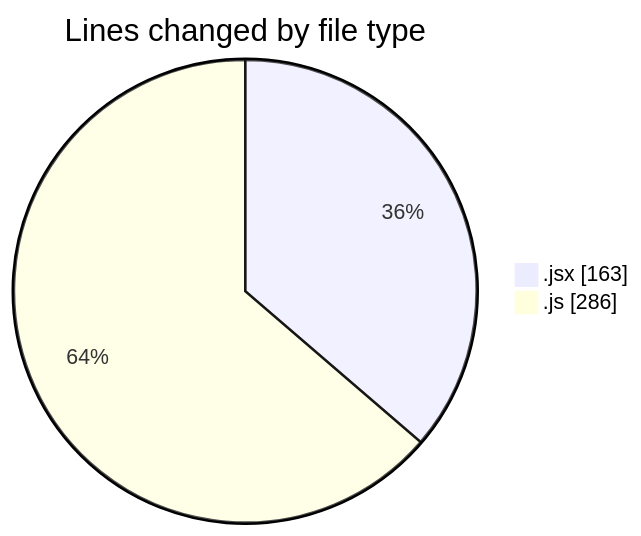
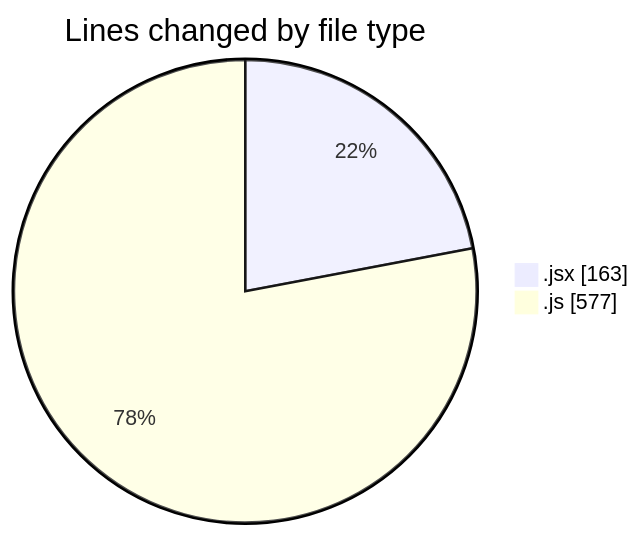
Before and after one commit to Elitesun/code-tracking: the first of 2 diagrams in 2025-02-12/react_ecom/README.md, drawn with Mermaid. The commit also changed other lines of this file and 1 other file, not shown here.

````diff
--- a/2025-02-12/react_ecom/README.md
+++ b/2025-02-12/react_ecom/README.md
@@ -23,6 +28,6 @@
 ```mermaid
 pie showData
 title Lines changed by file type
 ".jsx" : 163
-".js" : 286
+".js" : 577
 ```
````
